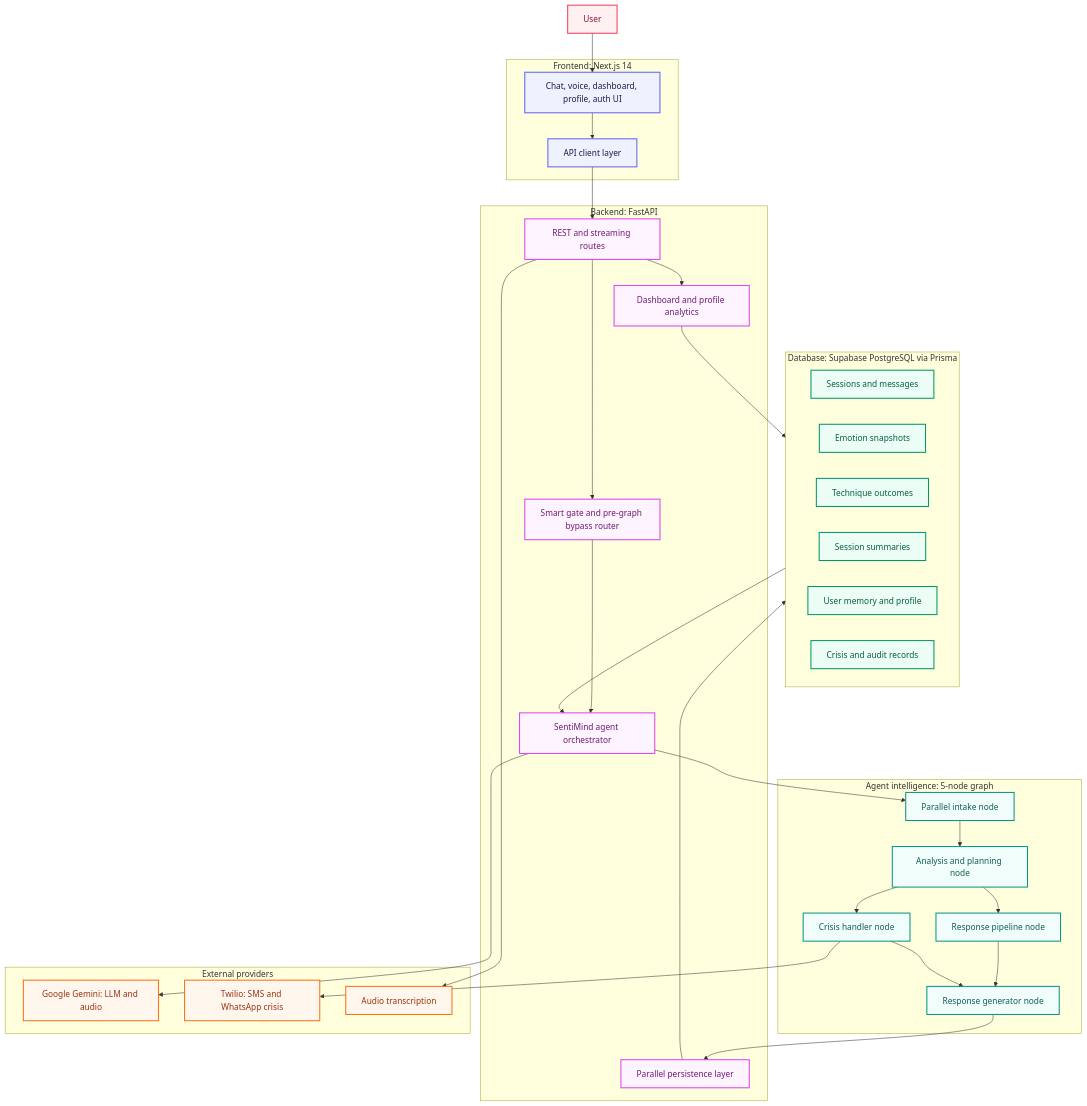
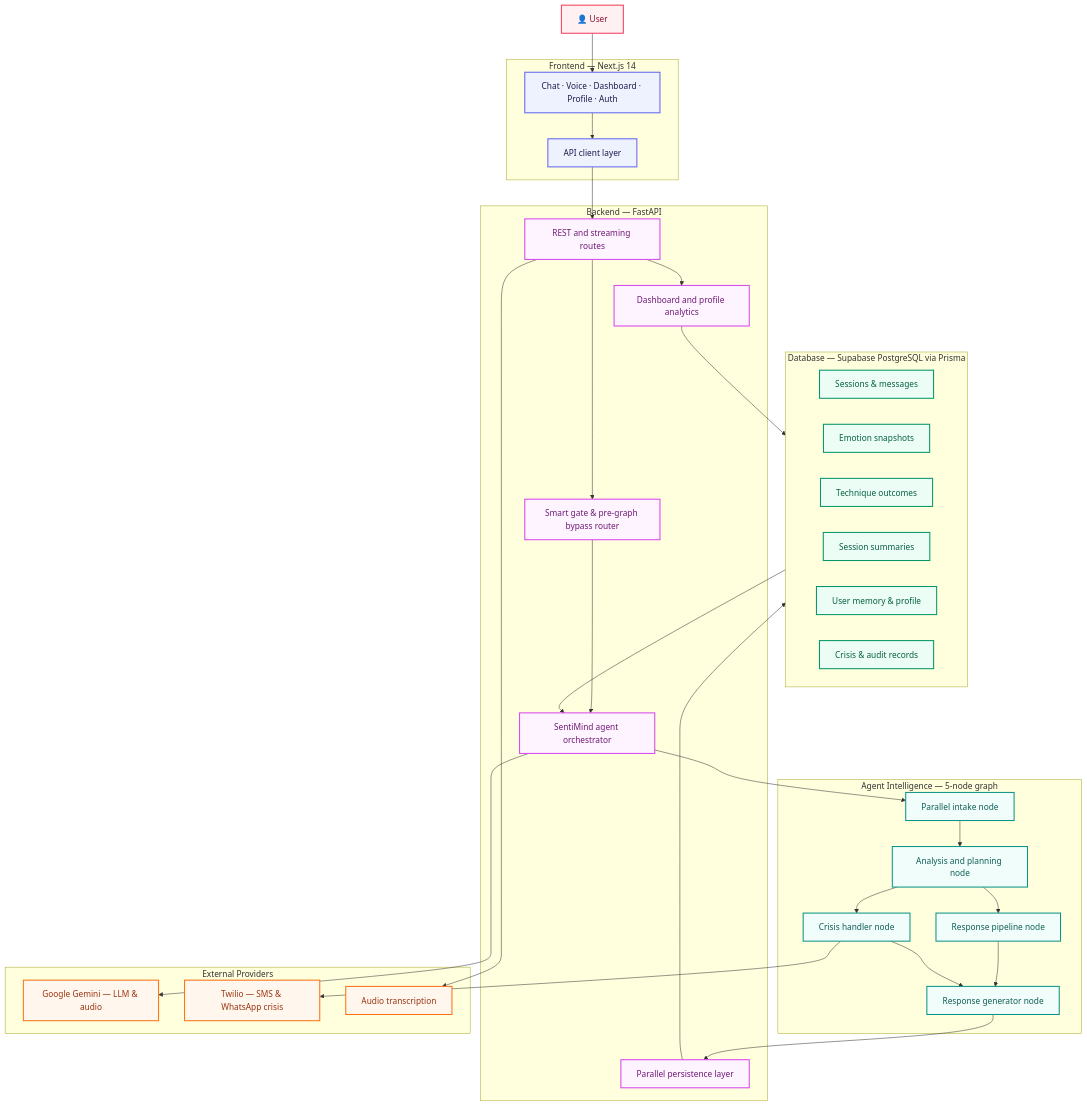
Before and after one commit to taha-mehmood-03/Personlaized-Trainer-Using-Agentic-AI: the first of 18 diagrams in README.md, drawn with Mermaid. The commit also changed other lines of this file, not shown here.

````diff
--- a/README.md
+++ b/README.md
@@ -113,61 +78,61 @@
 ```mermaid
 flowchart TB
-    classDef client fill:#EEF2FF,stroke:#6366F1,stroke-width:2px,color:#1E1B4B;
-    classDef backend fill:#FDF4FF,stroke:#D946EF,stroke-width:2px,color:#701A75;
-    classDef agent fill:#F0FDFA,stroke:#0D9488,stroke-width:2px,color:#115E59;
-    classDef data fill:#ECFDF5,stroke:#059669,stroke-width:2px,color:#065F46;
-    classDef providers fill:#FFF7ED,stroke:#F97316,stroke-width:2px,color:#9A3412;
-    classDef user fill:#FFF1F2,stroke:#F43F5E,stroke-width:2px,color:#881337;
+    classDef client fill:#EEF2FF,stroke:#6366F1,stroke-width:2px,color:#1E1B4B
+    classDef backend fill:#FDF4FF,stroke:#D946EF,stroke-width:2px,color:#701A75
+    classDef agent fill:#F0FDFA,stroke:#0D9488,stroke-width:2px,color:#115E59
+    classDef data fill:#ECFDF5,stroke:#059669,stroke-width:2px,color:#065F46
+    classDef providers fill:#FFF7ED,stroke:#F97316,stroke-width:2px,color:#9A3412
+    classDef user fill:#FFF1F2,stroke:#F43F5E,stroke-width:2px,color:#881337
 
-    User["User"]:::user
+    User["👤 User"]:::user
 
-    subgraph Client["Frontend: Next.js 14"]
-        UI["Chat, voice, dashboard, profile, auth UI"]:::client
+    subgraph Client["Frontend — Next.js 14"]
+        UI["Chat · Voice · Dashboard · Profile · Auth"]:::client
         ApiClient["API client layer"]:::client
     end
 
-    subgraph Backend["Backend: FastAPI"]
+    subgraph Backend["Backend — FastAPI"]
         Routes["REST and streaming routes"]:::backend
-        SmartGate["Smart gate and pre-graph bypass router"]:::backend
+        SmartGate["Smart gate & pre-graph bypass router"]:::backend
         Agent["SentiMind agent orchestrator"]:::backend
         Persist["Parallel persistence layer"]:::backend
         Analytics["Dashboard and profile analytics"]:::backend
     end
 
-    subgraph AgentCore["Agent intelligence: 5-node graph"]
+    subgraph AgentCore["Agent Intelligence — 5-node graph"]
         Intake["Parallel intake node"]:::agent
         Planning["Analysis and planning node"]:::agent
         Pipeline["Response pipeline node"]:::agent
         Crisis["Crisis handler node"]:::agent
         Response["Response generator node"]:::agent
     end
 
-    subgraph Data["Database: Supabase PostgreSQL via Prisma"]
-        Sessions["Sessions and messages"]:::data
+    subgraph Data["Database — Supabase PostgreSQL via Prisma"]
+        Sessions["Sessions & messages"]:::data
         Snapshots["Emotion snapshots"]:::data
         Outcomes["Technique outcomes"]:::data
         Summaries["Session summaries"]:::data
-        Memory["User memory and profile"]:::data
-        Safety["Crisis and audit records"]:::data
+        Memory["User memory & profile"]:::data
+        Safety["Crisis & audit records"]:::data
     end
 
-    subgraph Providers["External providers"]
-        Gemini["Google Gemini: LLM and audio"]:::providers
-        Twilio["Twilio: SMS and WhatsApp crisis"]:::providers
+    subgraph Providers["External Providers"]
+        Gemini["Google Gemini — LLM & audio"]:::providers
+        Twilio["Twilio — SMS & WhatsApp crisis"]:::providers
         Speech["Audio transcription"]:::providers
     end
 
     User --> UI --> ApiClient --> Routes
     Routes --> SmartGate --> Agent
     Agent --> Intake --> Planning
     Planning --> Pipeline
     Planning --> Crisis
     Pipeline --> Response
     Crisis --> Response
     Response --> Persist --> Data
     Data --> Agent
     Routes --> Analytics --> Data
     Agent --> Gemini
     Routes --> Speech
     Crisis --> Twilio
 ```
````
